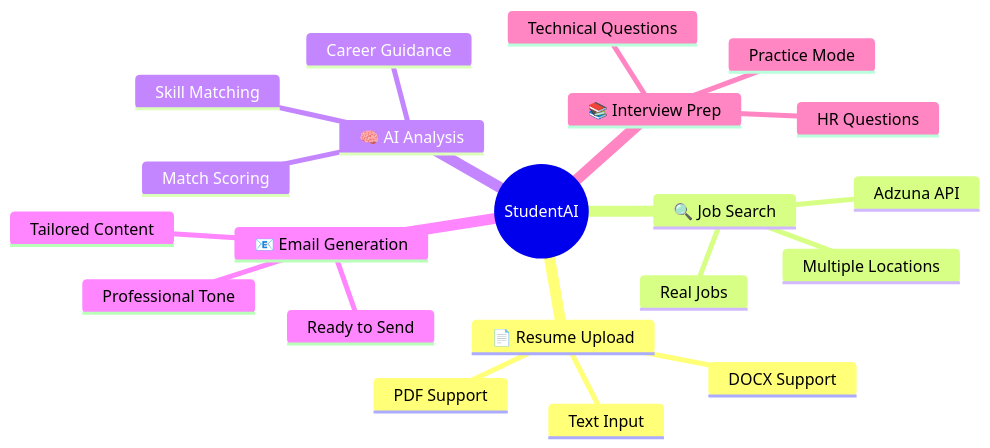
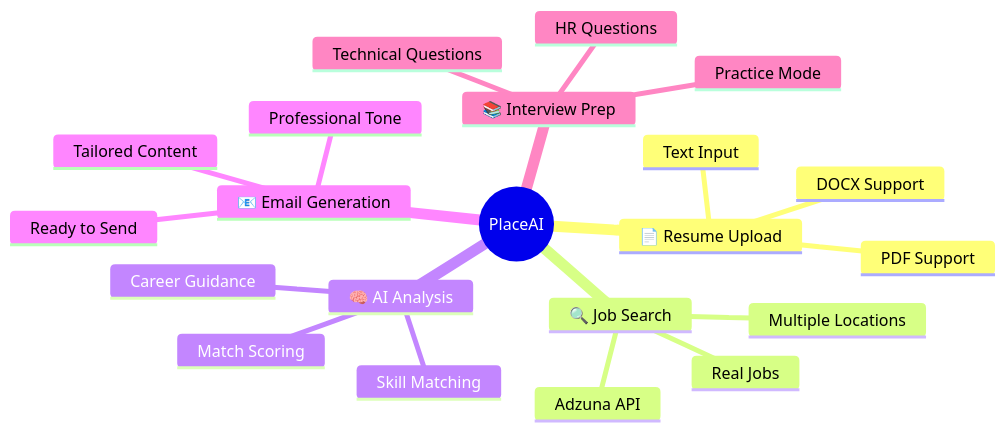
The first of 9 diagrams in README.md (SairajMN/StudentAi), drawn with Mermaid before and after one commit. The commit also changed other lines of this file and 8 other files, not shown here.

````diff
--- a/README.md
+++ b/README.md
@@ -35,24 +35,24 @@
 ```mermaid
 mindmap
-  root((StudentAI))
+  root((PlaceAI))
     📄 Resume Upload
       PDF Support
       DOCX Support
       Text Input
     🔍 Job Search
       Adzuna API
       Real Jobs
       Multiple Locations
     🧠 AI Analysis
       Match Scoring
       Skill Matching
       Career Guidance
     📧 Email Generation
       Tailored Content
       Professional Tone
       Ready to Send
     📚 Interview Prep
       Technical Questions
       HR Questions
       Practice Mode
 ```
````
